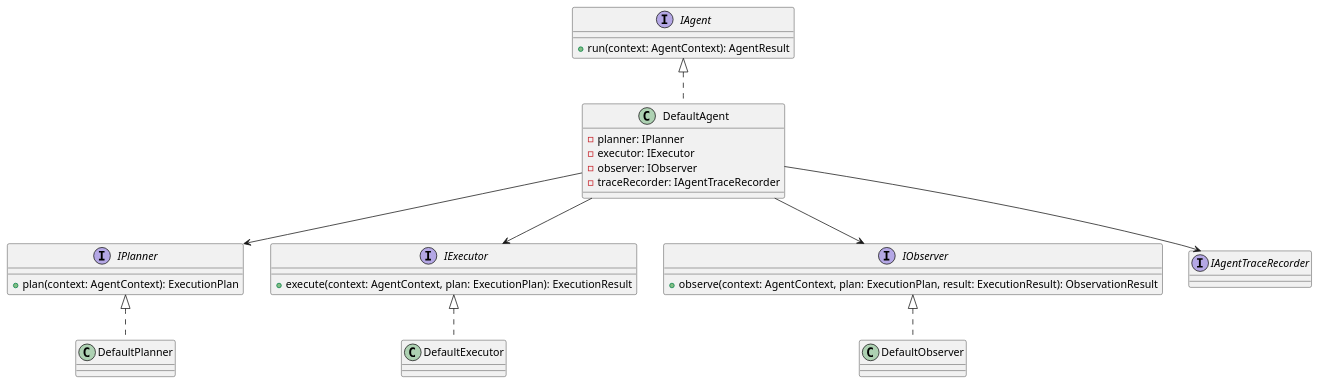
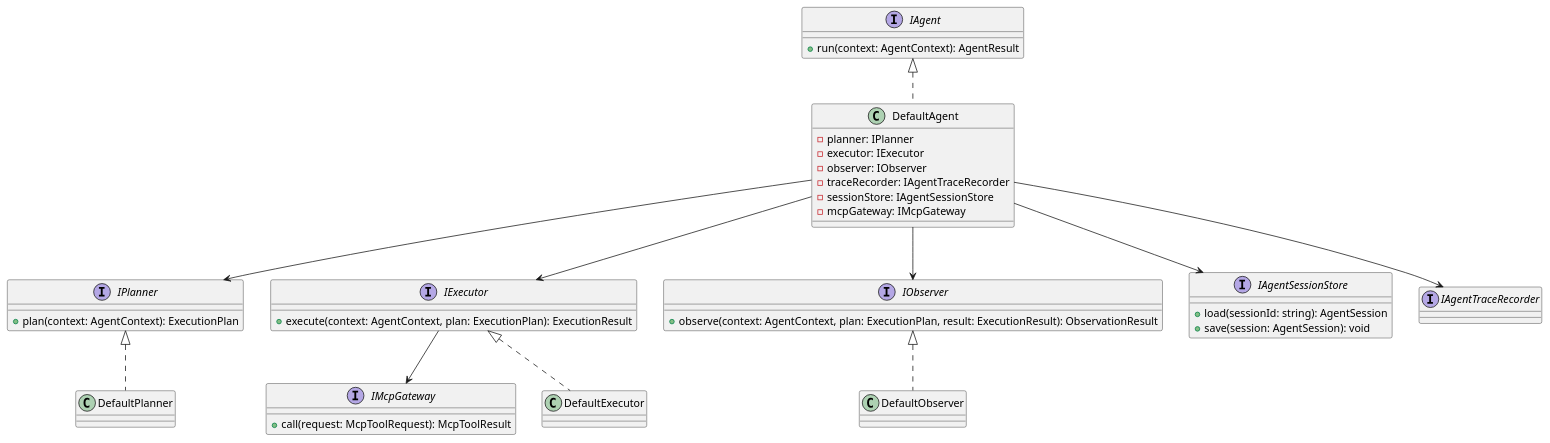
One commit to lucky-chen/ai_workflow_travel changed the first of 2 diagrams in meta_layer/docs/design_docs/SDK/AgentRuntime.md. Above: the diagram before and after it, drawn with PlantUML. The commit also changed other lines of this file, not shown here.

First line of the commit message:
[AI] gpt-5.4: extend agent runtime design for sessions and mcp

````diff
--- a/meta_layer/docs/design_docs/SDK/AgentRuntime.md
+++ b/meta_layer/docs/design_docs/SDK/AgentRuntime.md
@@ -137,42 +139,55 @@
 ```plantuml
 @startuml
 interface IAgent {
   +run(context: AgentContext): AgentResult
 }
 
 interface IPlanner {
   +plan(context: AgentContext): ExecutionPlan
 }
 
 interface IExecutor {
   +execute(context: AgentContext, plan: ExecutionPlan): ExecutionResult
 }
 
 interface IObserver {
   +observe(context: AgentContext, plan: ExecutionPlan, result: ExecutionResult): ObservationResult
 }
 
+interface IMcpGateway {
+  +call(request: McpToolRequest): McpToolResult
+}
+
+interface IAgentSessionStore {
+  +load(sessionId: string): AgentSession
+  +save(session: AgentSession): void
+}
+
 class DefaultAgent {
   -planner: IPlanner
   -executor: IExecutor
   -observer: IObserver
   -traceRecorder: IAgentTraceRecorder
+  -sessionStore: IAgentSessionStore
+  -mcpGateway: IMcpGateway
 }
 
 class DefaultPlanner
 class DefaultExecutor
 class DefaultObserver
 
 interface IAgentTraceRecorder
 
 IAgent <|.. DefaultAgent
 IPlanner <|.. DefaultPlanner
 IExecutor <|.. DefaultExecutor
 IObserver <|.. DefaultObserver
 
 DefaultAgent --> IPlanner
 DefaultAgent --> IExecutor
 DefaultAgent --> IObserver
 DefaultAgent --> IAgentTraceRecorder
+DefaultAgent --> IAgentSessionStore
+IExecutor --> IMcpGateway
 @enduml
 ```
````
